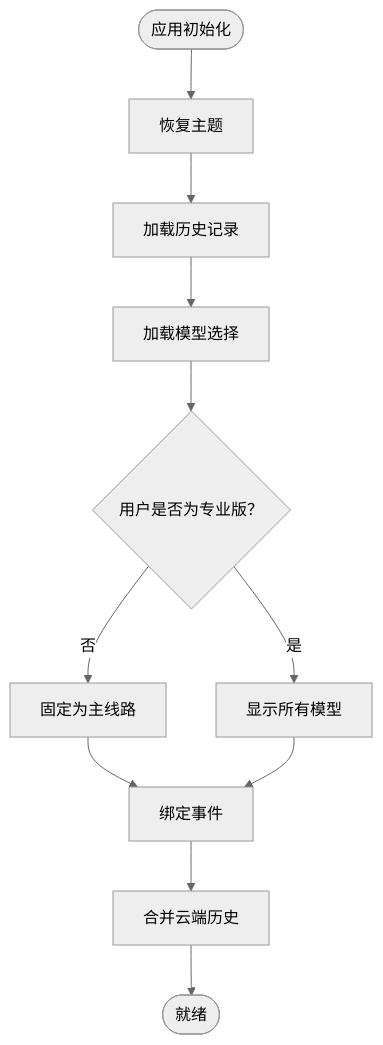
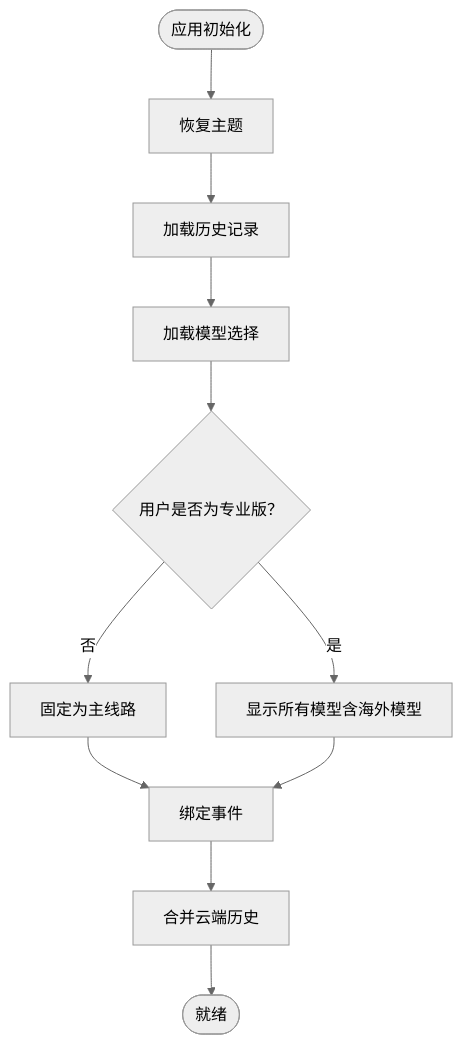
One commit to ghg618-ui/meihuayili-3.8 changed the fifth of 6 diagrams in .qoder/repowiki/zh/content/数据存储/系统设置存储.md. Above: the diagram before and after it, drawn with Mermaid (neutral theme). The commit also changed other lines of this file and 3 other files, not shown here.

````diff
--- a/.qoder/repowiki/zh/content/数据存储/系统设置存储.md
+++ b/.qoder/repowiki/zh/content/数据存储/系统设置存储.md
@@ -229,13 +257,13 @@
 ```mermaid
 flowchart TD
 Init(["应用初始化"]) --> RestoreTheme["恢复主题"]
 RestoreTheme --> LoadHistory["加载历史记录"]
 LoadHistory --> LoadModel["加载模型选择"]
 LoadModel --> CheckAccess{"用户是否为专业版？"}
 CheckAccess --> |否| FixModel["固定为主线路"]
-CheckAccess --> |是| ShowModels["显示所有模型"]
+CheckAccess --> |是| ShowModels["显示所有模型含海外模型"]
 FixModel --> BindEvents["绑定事件"]
 ShowModels --> BindEvents
 BindEvents --> MergeCloud["合并云端历史"]
 MergeCloud --> Ready(["就绪"])
 ```
````
